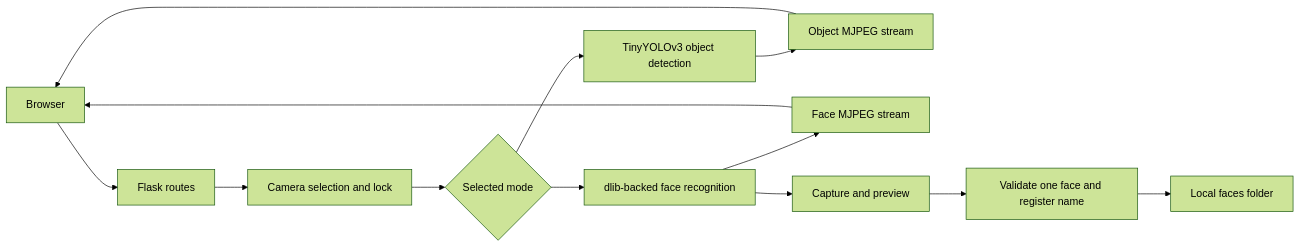
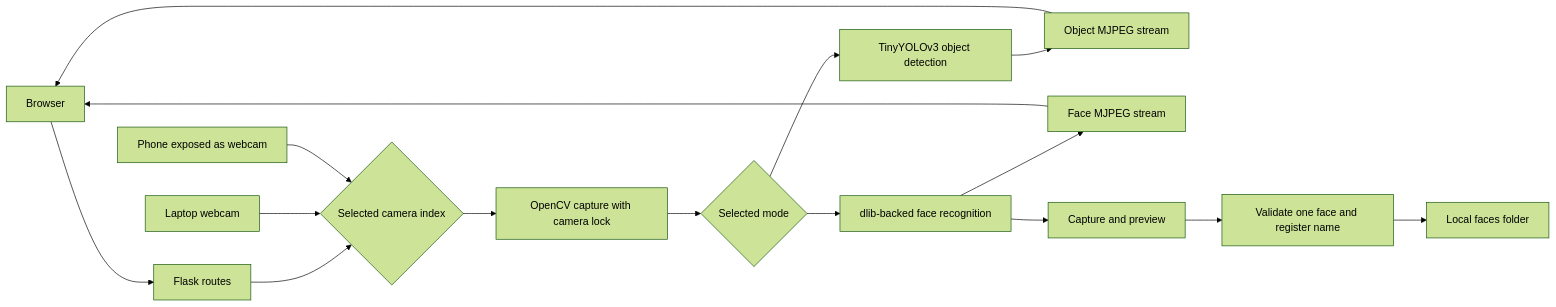
One commit to brindhas110404/real-time-vision-assistant changed the diagram in README.md. Above: the diagram before and after it, drawn with Mermaid (forest theme).

Commit message:
Show camera sources in architecture diagram

````diff
--- a/README.md
+++ b/README.md
@@ -18,15 +18,18 @@
 ```mermaid
 flowchart LR
     A[Browser] --> B[Flask routes]
-    B --> C[Camera selection and lock]
-    C --> D{Selected mode}
+    B --> C{Selected camera index}
+    L[Laptop webcam] --> C
+    P[Phone exposed as webcam] --> C
+    C --> V[OpenCV capture with camera lock]
+    V --> D{Selected mode}
     D --> E[TinyYOLOv3 object detection]
     D --> F[dlib-backed face recognition]
     E --> G[Object MJPEG stream]
     F --> H[Face MJPEG stream]
     F --> I[Capture and preview]
     I --> J[Validate one face and register name]
     J --> K[Local faces folder]
     G --> A
     H --> A
 ```
````
